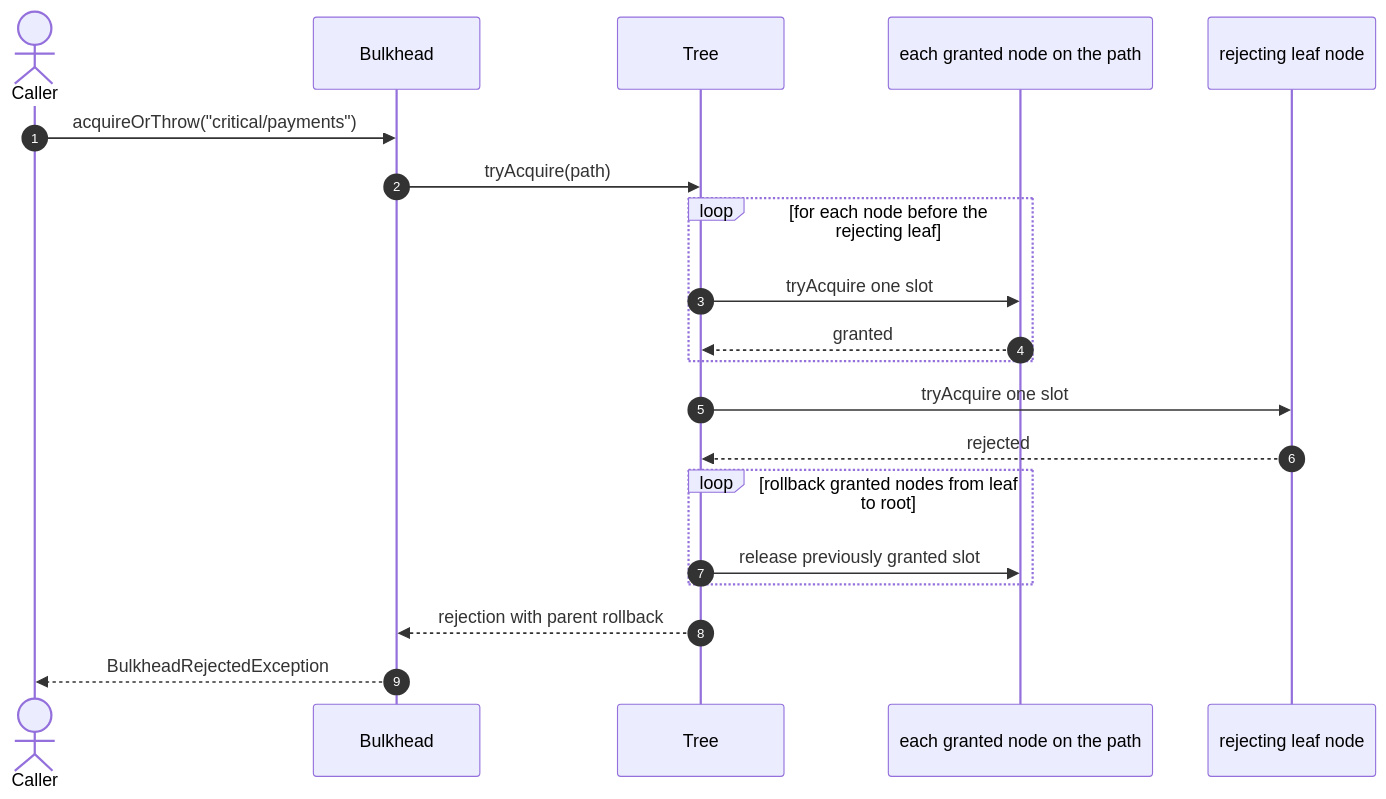
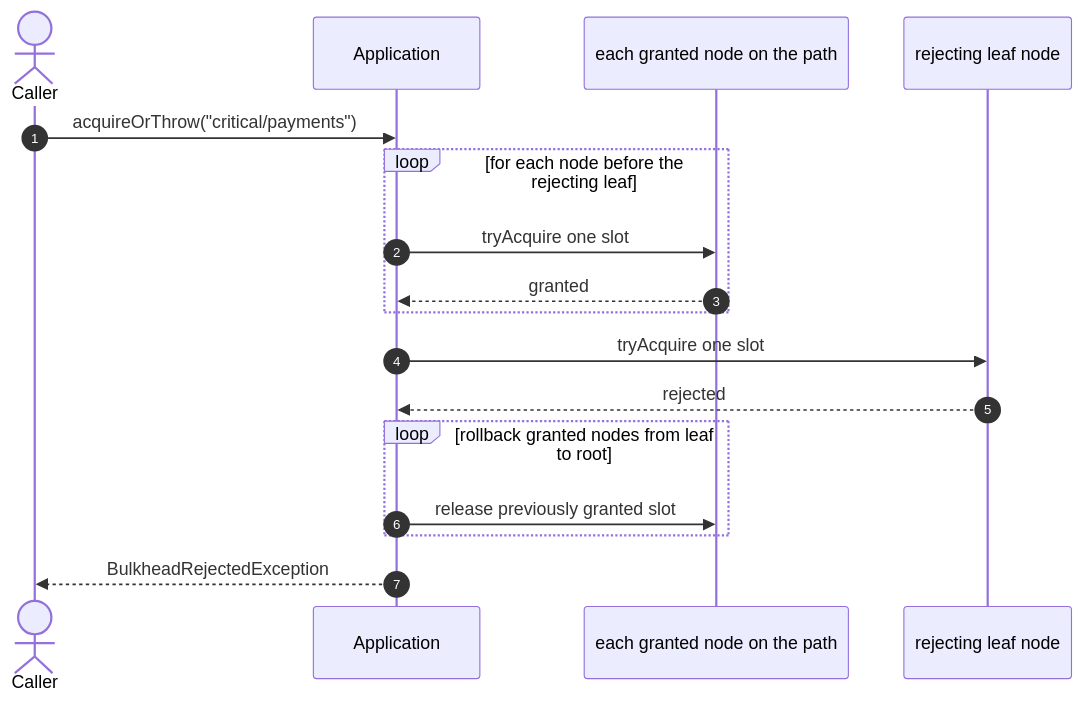
The fourth of 4 diagrams in docs/sequence-diagrams.md (rrobetti/adaptive-bulkhead), drawn with Mermaid before and after one commit. The commit also changed other lines of this file, not shown here.

Commit message:
docs: simplify sequence diagram participants

````diff
--- a/docs/sequence-diagrams.md
+++ b/docs/sequence-diagrams.md
@@ -114,22 +104,19 @@
 ```mermaid
 sequenceDiagram
     autonumber
     actor Caller
-    participant Bulkhead
-    participant Tree
+    participant Application
     participant GrantedNode as each granted node on the path
     participant RejectingNode as rejecting leaf node
-    Caller->>Bulkhead: acquireOrThrow("critical/payments")
-    Bulkhead->>Tree: tryAcquire(path)
+    Caller->>Application: acquireOrThrow("critical/payments")
     loop for each node before the rejecting leaf
-        Tree->>GrantedNode: tryAcquire one slot
-        GrantedNode-->>Tree: granted
+        Application->>GrantedNode: tryAcquire one slot
+        GrantedNode-->>Application: granted
     end
-    Tree->>RejectingNode: tryAcquire one slot
-    RejectingNode-->>Tree: rejected
+    Application->>RejectingNode: tryAcquire one slot
+    RejectingNode-->>Application: rejected
     loop rollback granted nodes from leaf to root
-        Tree->>GrantedNode: release previously granted slot
+        Application->>GrantedNode: release previously granted slot
     end
-    Tree-->>Bulkhead: rejection with parent rollback
-    Bulkhead-->>Caller: BulkheadRejectedException
+    Application-->>Caller: BulkheadRejectedException
 ```
````
